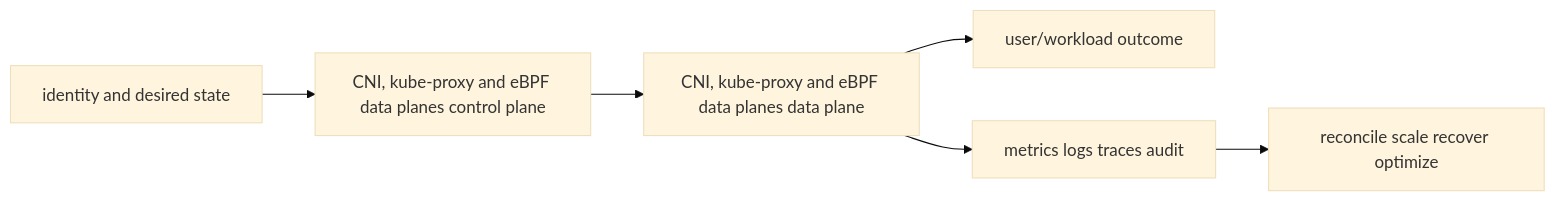
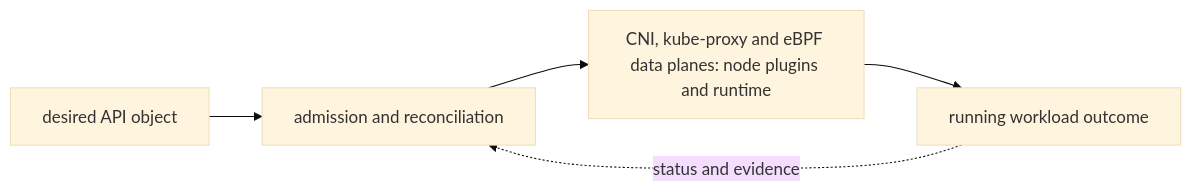
The diagram in 06-kubernetes/03-networking/02-cni-kubeproxy-ebpf/README.md (tomkidumbuyo/DevOps-interview-preparation), drawn with Mermaid (base theme) before and after one commit. The commit also changed other lines of this file and 753 other files, not shown here.

````diff
--- a/06-kubernetes/03-networking/02-cni-kubeproxy-ebpf/README.md
+++ b/06-kubernetes/03-networking/02-cni-kubeproxy-ebpf/README.md
@@ -19,8 +31,7 @@
 ```mermaid
 flowchart LR
-  I[identity and desired state] --> C[CNI, kube-proxy and eBPF data planes control plane]
-  C --> D[CNI, kube-proxy and eBPF data planes data plane]
-  D --> U[user/workload outcome]
-  D --> O[metrics logs traces audit]
-  O --> R[reconcile scale recover optimize]
+  A["desired API object"] --> B["admission and reconciliation"]
+  B --> C["CNI, kube-proxy and eBPF data planes: node plugins and runtime"]
+  C --> D["running workload outcome"]
+  D -. "status and evidence" .-> B
 ```
````
